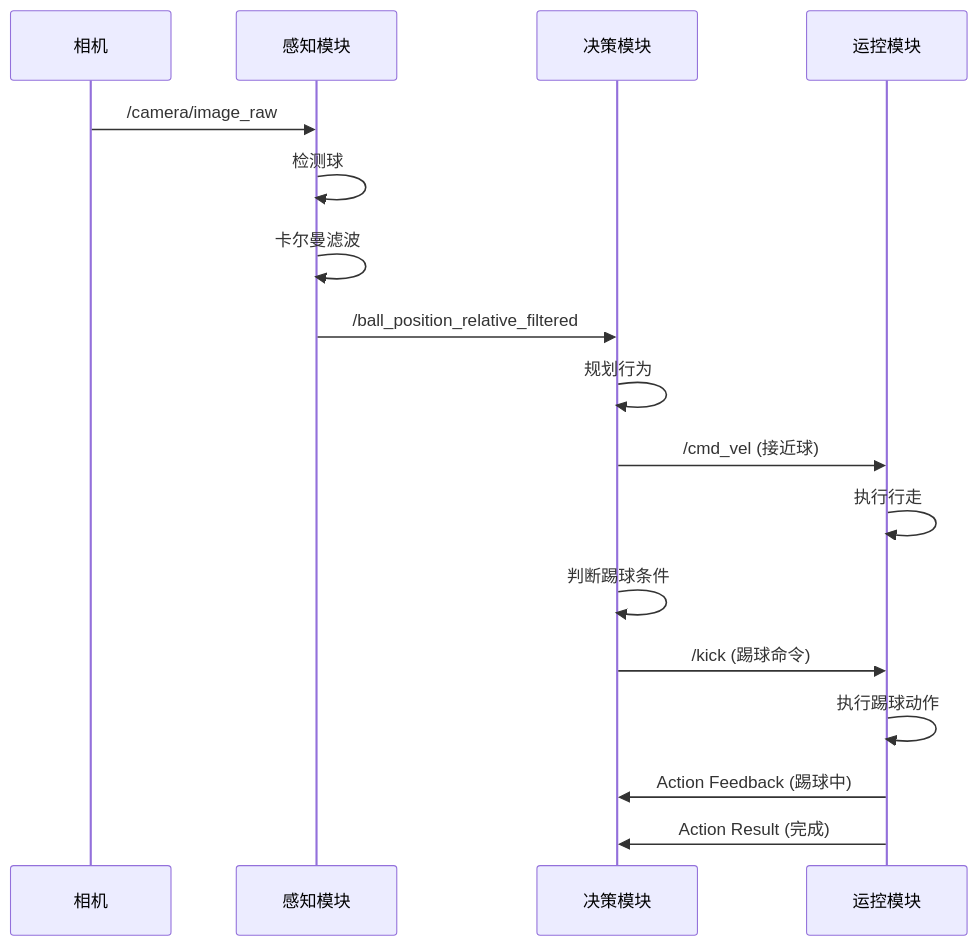
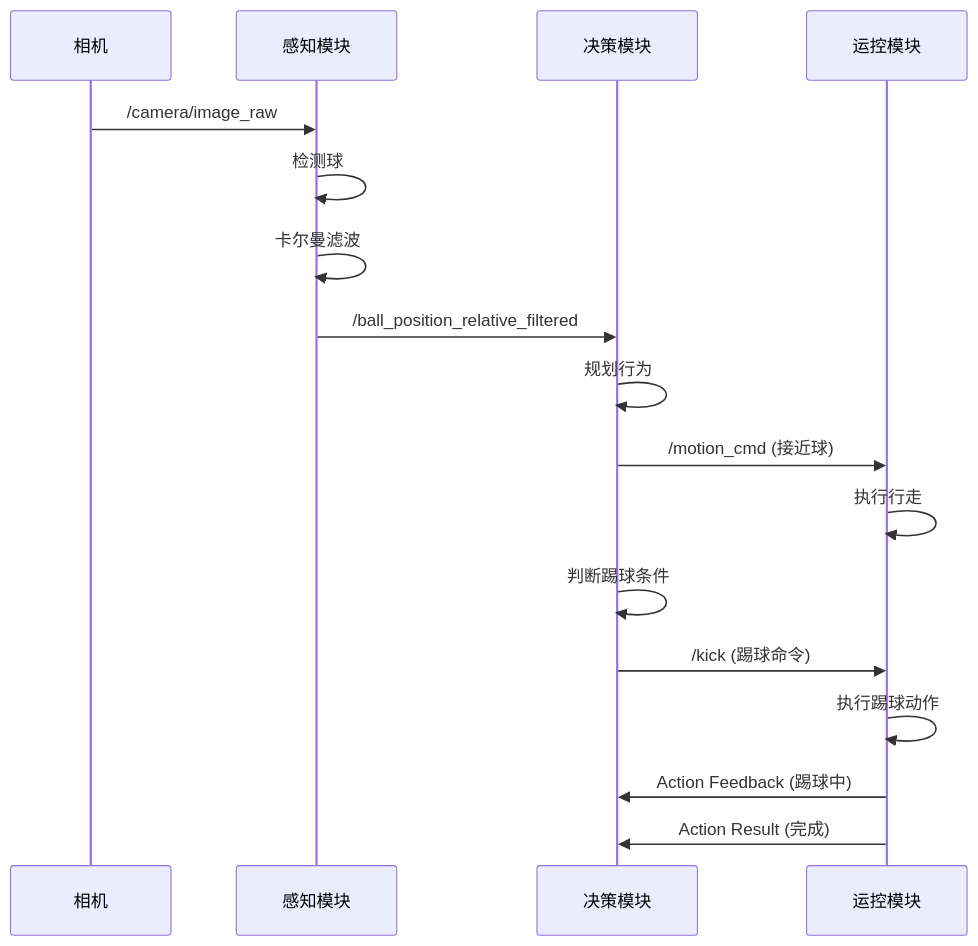
Before and after one commit to HNU-BigHeroX/BigHeroX-msg: the third of 4 diagrams in design.md, drawn with Mermaid. The commit also changed other lines of this file and 20 other files, not shown here.

````diff
--- a/design.md
+++ b/design.md
@@ -563,22 +585,22 @@
 ```mermaid
 sequenceDiagram
     participant CAM as 相机
     participant PM as 感知模块
     participant DM as 决策模块
     participant MM as 运控模块
     
     CAM->>PM: /camera/image_raw
     PM->>PM: 检测球
     PM->>PM: 卡尔曼滤波
     PM->>DM: /ball_position_relative_filtered
     
     DM->>DM: 规划行为
-    DM->>MM: /cmd_vel (接近球)
+    DM->>MM: /motion_cmd (接近球)
     MM->>MM: 执行行走
     
     DM->>DM: 判断踢球条件
     DM->>MM: /kick (踢球命令)
     MM->>MM: 执行踢球动作
     MM->>DM: Action Feedback (踢球中)
     MM->>DM: Action Result (完成)
 ```
````
